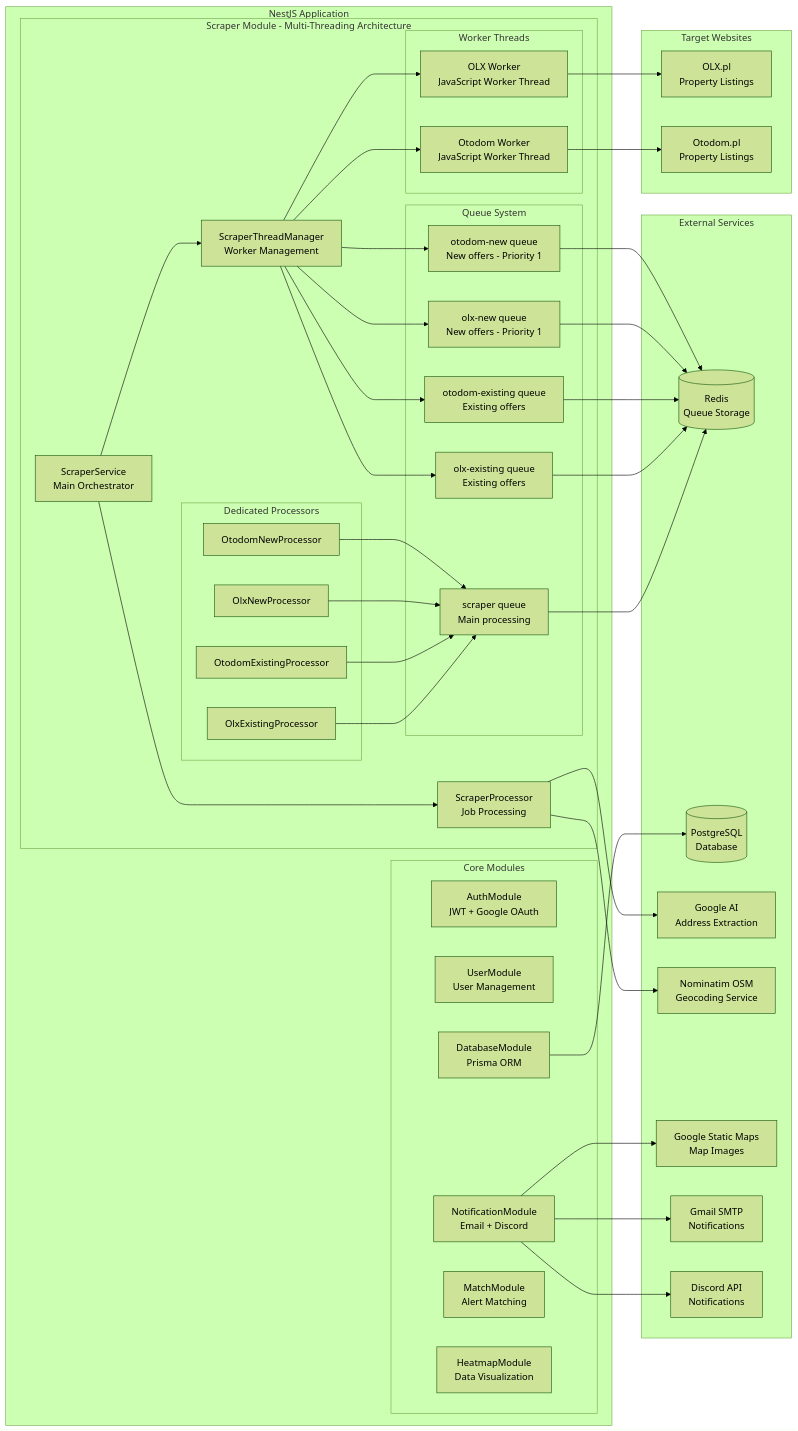
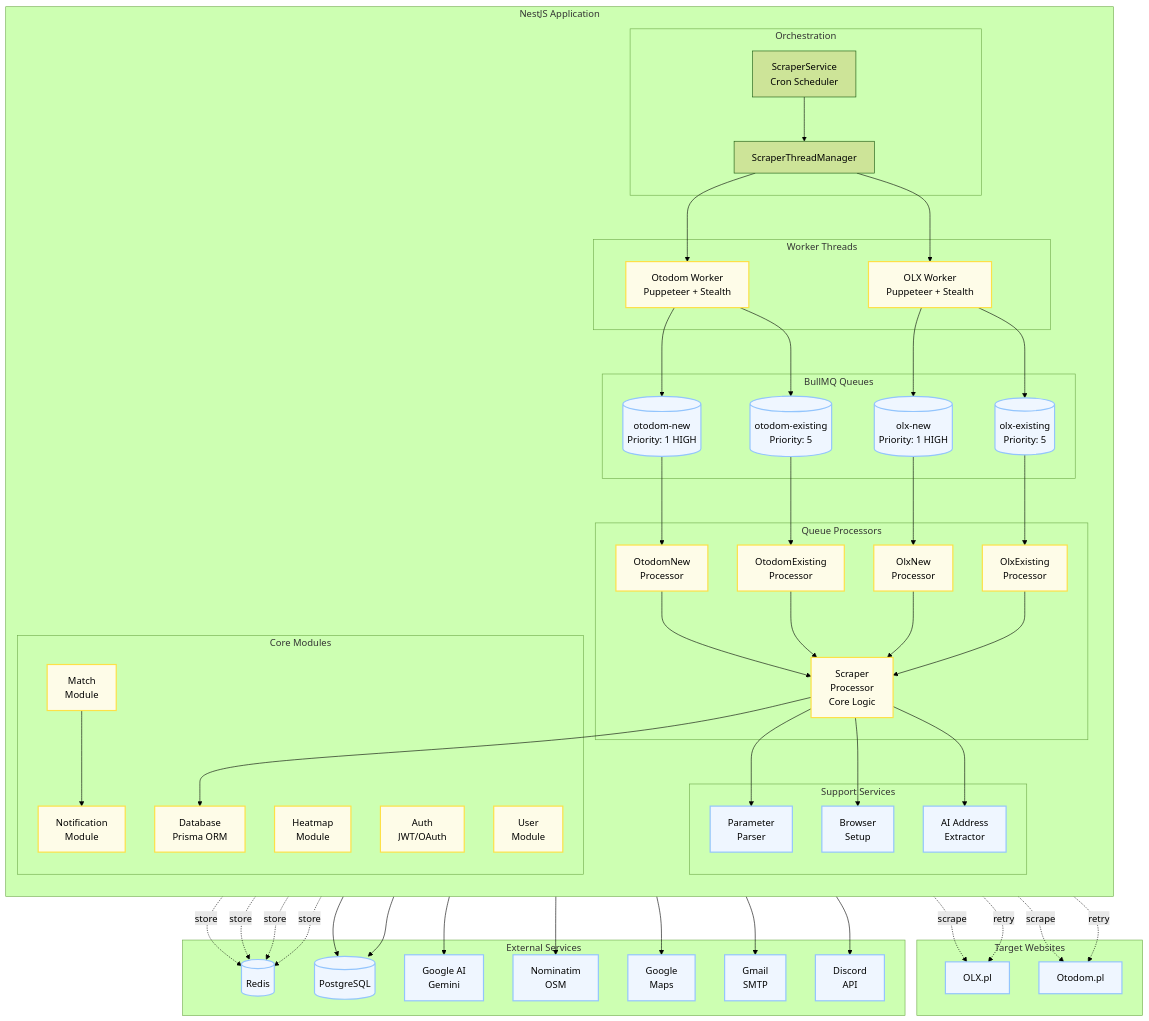
Before and after one commit to Drake3001/Wakacyjne-Wyzwanie---backend-Mieszkaniownik: the first of 8 diagrams in README.md, drawn with Mermaid (forest theme). The commit also changed other lines of this file and 2 other files, not shown here.

````diff
--- a/README.md
+++ b/README.md
@@ -5,88 +5,111 @@
 ```mermaid
-graph LR
-    subgraph "NestJS Application"
-        subgraph "Core Modules"
-            AM[AuthModule<br/>JWT + Google OAuth]
-            UM[UserModule<br/>User Management]
-            DM[DatabaseModule<br/>Prisma ORM]
-            NM[NotificationModule<br/>Email + Discord]
-            MM[MatchModule<br/>Alert Matching]
-            HM[HeatmapModule<br/>Data Visualization]
+graph TB
+    %% Styling
+    classDef websiteClass fill:#eff6ff,stroke:#93c5fd,stroke-width:2px
+    classDef workerClass fill:#fefce8,stroke:#fde047,stroke-width:2px
+    classDef queueClass fill:#eff6ff,stroke:#93c5fd,stroke-width:2px
+    classDef processorClass fill:#fefce8,stroke:#fde047,stroke-width:2px
+    classDef serviceClass fill:#eff6ff,stroke:#93c5fd,stroke-width:2px
+    classDef coreClass fill:#fefce8,stroke:#fde047,stroke-width:2px
+    classDef externalClass fill:#eff6ff,stroke:#93c5fd,stroke-width:2px
+
+    subgraph WEBSITES["Target Websites"]
+        OLX[OLX.pl]
+        OTODOM[Otodom.pl]
+    end
+
+    subgraph NESTJS["NestJS Application"]
+        direction TB
+
+        subgraph ORCHESTRATION["Orchestration"]
+            SS[ScraperService<br/>Cron Scheduler]
+            STM[ScraperThreadManager]
         end
 
-        subgraph "Scraper Module - Multi-Threading Architecture"
-            SS[ScraperService<br/>Main Orchestrator]
-            STM[ScraperThreadManager<br/>Worker Management]
-            SP[ScraperProcessor<br/>Job Processing]
+        subgraph WORKERS["Worker Threads"]
+            OW[OLX Worker<br/>Puppeteer + Stealth]
+            OTW[Otodom Worker<br/>Puppeteer + Stealth]
+        end
 
-            subgraph "Dedicated Processors"
-                OEP[OlxExistingProcessor]
-                OTEP[OtodomExistingProcessor]
-                ONP[OlxNewProcessor]
-                OTNP[OtodomNewProcessor]
-            end
+        subgraph QUEUES["BullMQ Queues"]
+            OEQ[(olx-existing<br/>Priority: 5)]
+            ONQ[(olx-new<br/>Priority: 1 HIGH)]
+            OTEQ[(otodom-existing<br/>Priority: 5)]
+            OTNQ[(otodom-new<br/>Priority: 1 HIGH)]
+        end
 
-            subgraph "Worker Threads"
-                EOW[OLX Worker<br/>JavaScript Worker Thread]
-                EOTW[Otodom Worker<br/>JavaScript Worker Thread]
-            end
+        subgraph PROCESSORS["Queue Processors"]
+            SYS_OEP[OlxExisting<br/>Processor]
+            SYS_ONP[OlxNew<br/>Processor]
+            SYS_OTEP[OtodomExisting<br/>Processor]
+            SYS_OTNP[OtodomNew<br/>Processor]
+            SYS_SP[Scraper<br/>Processor<br/>Core Logic]
+        end
 
-            subgraph "Queue System"
-                SQ[scraper queue<br/>Main processing]
-                OEQ[olx-existing queue<br/>Existing offers]
-                OTEQ[otodom-existing queue<br/>Existing offers]
-                ONQ[olx-new queue<br/>New offers - Priority 1]
-                OTNQ[otodom-new queue<br/>New offers - Priority 1]
-            end
+        subgraph SERVICES["Support Services"]
+            AI[AI Address<br/>Extractor]
+            BS[Browser<br/>Setup]
+            PP[Parameter<br/>Parser]
+        end
+
+        subgraph CORE["Core Modules"]
+            DM[Database<br/>Prisma ORM]
+            MM[Match<br/>Module]
+            NM[Notification<br/>Module]
+            HM[Heatmap<br/>Module]
+            AM[Auth<br/>JWT/OAuth]
+            UM[User<br/>Module]
         end
     end
 
-    subgraph "External Services"
-        REDIS[(Redis<br/>Queue Storage)]
-        POSTGRES[(PostgreSQL<br/>Database)]
-        GOOGLE[Google AI<br/>Address Extraction]
-        NOMINATIM[Nominatim OSM<br/>Geocoding Service]
-        GMAPS[Google Static Maps<br/>Map Images]
-        EMAIL[Gmail SMTP<br/>Notifications]
-        DISCORD[Discord API<br/>Notifications]
+    subgraph EXTERNAL["External Services"]
+        REDIS[(Redis)]
+        POSTGRES[(PostgreSQL)]
+        GOOGLE[Google AI<br/>Gemini]
+        NOMINATIM[Nominatim<br/>OSM]
+        GMAPS[Google<br/>Maps]
+        EMAIL[Gmail<br/>SMTP]
+        DISCORD[Discord<br/>API]
     end
 
-    subgraph "Target Websites"
-        OLX[OLX.pl<br/>Property Listings]
-        OTODOM[Otodom.pl<br/>Property Listings]
-    end
+    %% Flow connections
+    SS --> STM
+    STM --> OW
+    STM --> OTW
 
-    %% Core connections
-    SS --> STM
-    STM --> EOW
-    STM --> EOTW
-    SS --> SP
+    OW -.->|scrape| OLX
+    OTW -.->|scrape| OTODOM
 
-    %% Queue connections
-    STM --> OEQ
-    STM --> OTEQ
-    STM --> ONQ
-    STM --> OTNQ
+    OW --> OEQ & ONQ
+    OTW --> OTEQ & OTNQ
 
-    OEP --> SQ
-    OTEP --> SQ
-    ONP --> SQ
-    OTNP --> SQ
+    OEQ --> SYS_OEP
+    ONQ --> SYS_ONP
+    OTEQ --> SYS_OTEP
+    OTNQ --> SYS_OTNP
 
-    %% External connections
+    SYS_OEP & SYS_ONP & SYS_OTEP & SYS_OTNP --> SYS_SP
+
+    SYS_SP --> AI & BS & PP
+
+    AI --> GOOGLE
+    BS -.->|retry| OLX & OTODOM
+    SYS_SP --> NOMINATIM
+    SYS_SP --> DM
+
     DM --> POSTGRES
-    SQ --> REDIS
-    OEQ --> REDIS
-    OTEQ --> REDIS
-    ONQ --> REDIS
-    OTNQ --> REDIS
+    MM --> POSTGRES
+    MM --> NM
+    NM --> EMAIL & DISCORD & GMAPS
 
-    EOW --> OLX
-    EOTW --> OTODOM
+    OEQ & ONQ & OTEQ & OTNQ -.->|store| REDIS
 
-    SP --> GOOGLE
-    SP --> NOMINATIM
-    NM --> EMAIL
-    NM --> DISCORD
-    NM --> GMAPS
+    %% Apply styles
+    class OLX,OTODOM websiteClass
+    class OW,OTW workerClass
+    class OEQ,ONQ,OTEQ,OTNQ queueClass
+    class SYS_OEP,SYS_ONP,SYS_OTEP,SYS_OTNP,SYS_SP processorClass
+    class AI,BS,PP serviceClass
+    class DM,MM,NM,HM,AM,UM coreClass
+    class REDIS,POSTGRES,GOOGLE,NOMINATIM,GMAPS,EMAIL,DISCORD externalClass
 ```
````
